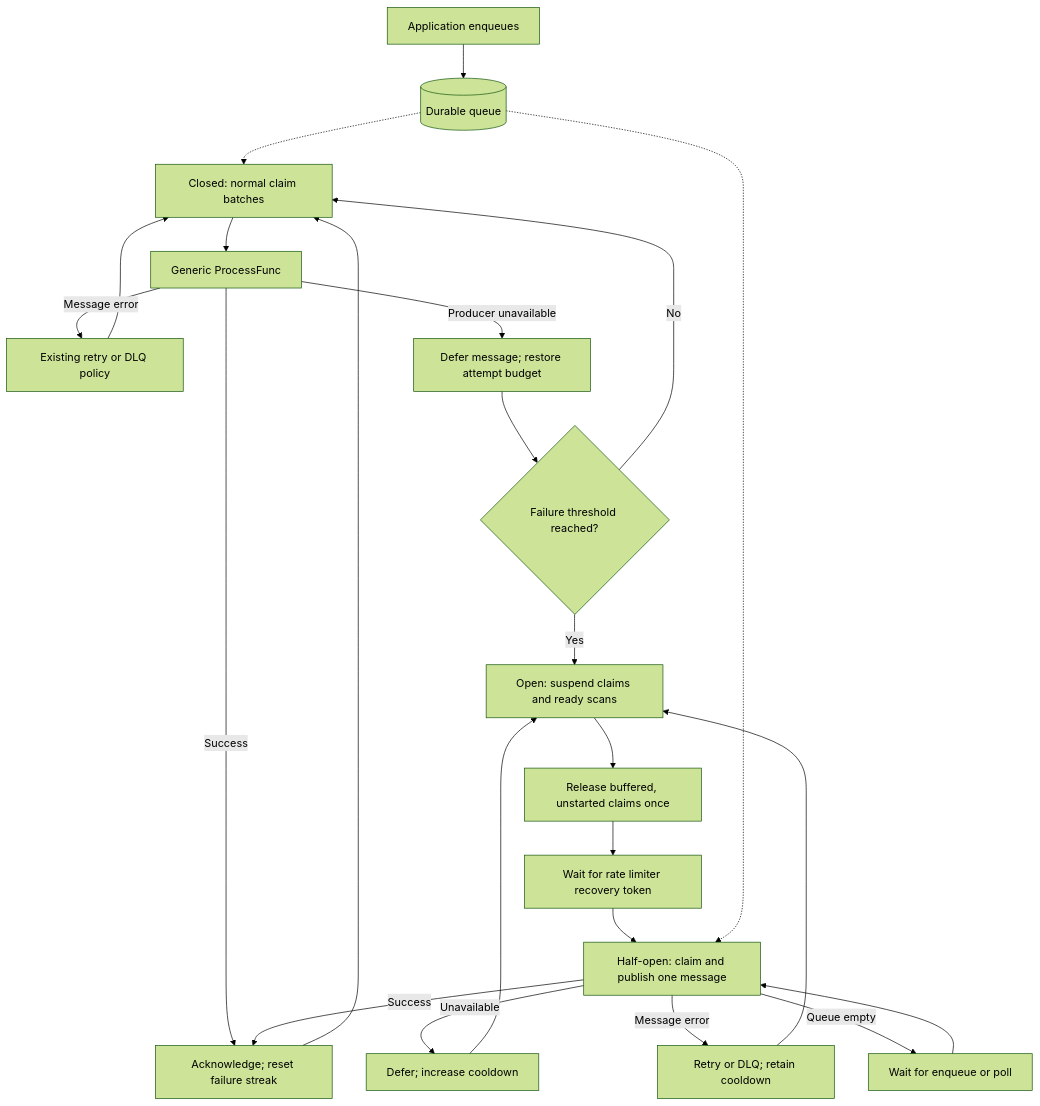
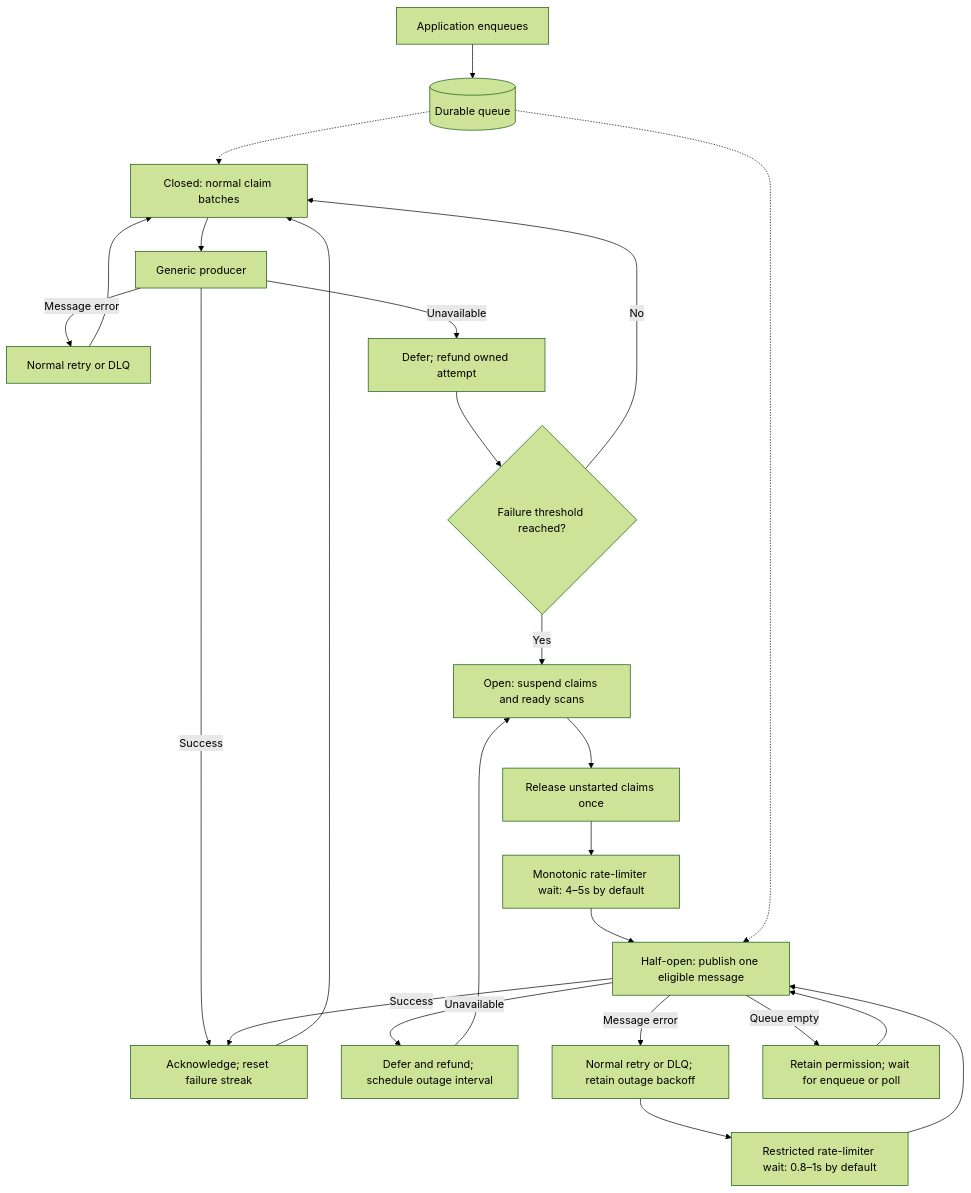
The diagram in docs/CIRCUIT_BREAKER.md (shawnstephens/badgerbox), drawn with Mermaid (forest theme) before and after one commit. The commit also changed other lines of this file and 20 other files, not shown here.

Commit message:
Harden producer recovery timing and preserve Kafka timeout causes

````diff
--- a/docs/CIRCUIT_BREAKER.md
+++ b/docs/CIRCUIT_BREAKER.md
@@ -9,25 +9,26 @@
 ```mermaid
 flowchart TD
     E["Application enqueues"] --> Q[("Durable queue")]
-    C["Closed: normal claim batches"] --> P["Generic ProcessFunc"]
-    Q -.-> C
+    Q -.-> C["Closed: normal claim batches"]
+    C --> P["Generic producer"]
     P -->|Success| A["Acknowledge; reset failure streak"]
     A --> C
-    P -->|Message error| M["Existing retry or DLQ policy"]
+    P -->|Message error| M["Normal retry or DLQ"]
     M --> C
-    P -->|Producer unavailable| F["Defer message; restore attempt budget"]
+    P -->|Unavailable| F["Defer; refund owned attempt"]
     F --> T{"Failure threshold reached?"}
     T -->|No| C
     T -->|Yes| O["Open: suspend claims and ready scans"]
-    O --> R["Release buffered, unstarted claims once"]
-    R --> W["Wait for rate limiter recovery token"]
-    W --> H["Half-open: claim and publish one message"]
+    O --> R["Release unstarted claims once"]
+    R --> W["Monotonic rate-limiter wait: 4–5s by default"]
+    W --> H["Half-open: publish one eligible message"]
     Q -.-> H
     H -->|Success| A
-    H -->|Unavailable| B["Defer; increase cooldown"]
+    H -->|Unavailable| B["Defer and refund; schedule outage interval"]
     B --> O
-    H -->|Message error| D["Retry or DLQ; retain cooldown"]
-    D --> O
-    H -->|Queue empty| I["Wait for enqueue or poll"]
+    H -->|Message error| D["Normal retry or DLQ; retain outage backoff"]
+    D --> S["Restricted rate-limiter wait: 0.8–1s by default"]
+    S --> H
+    H -->|Queue empty| I["Retain permission; wait for enqueue or poll"]
     I --> H
 ```
````
